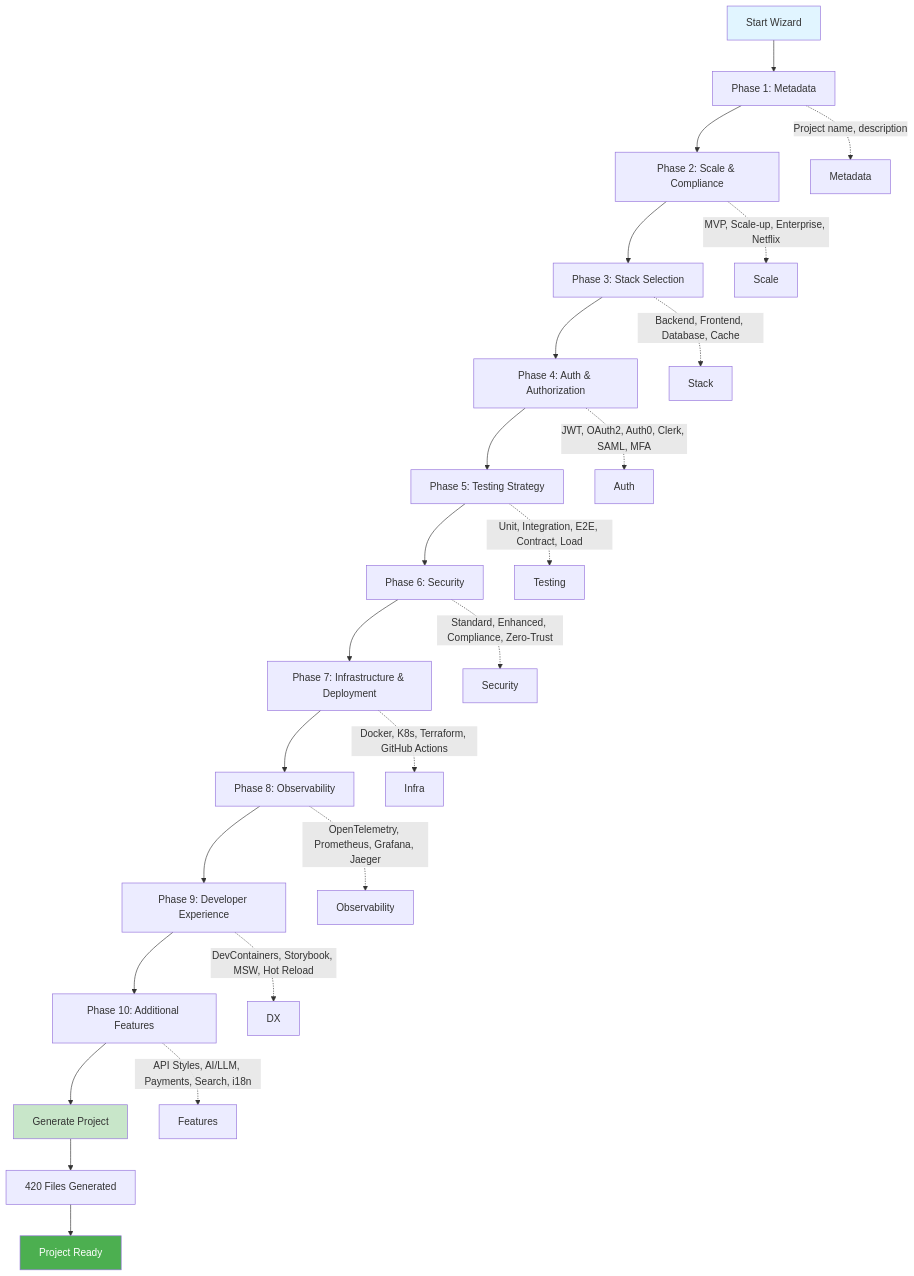
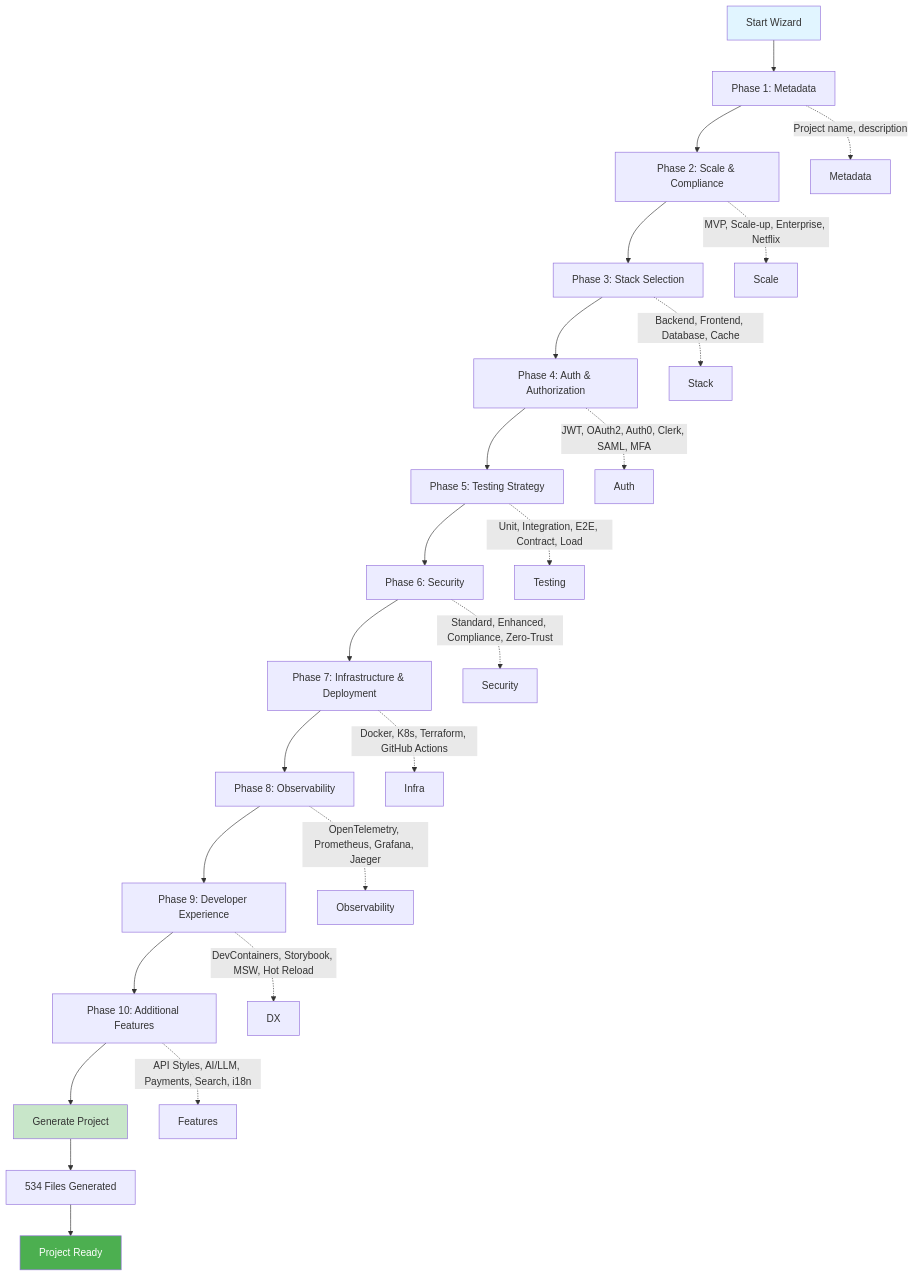
The first of 4 diagrams in README.md (vdirienzo/nuevo-proyecto-scaffold), drawn with Mermaid before and after one commit. The commit also changed other lines of this file and 306 other files, not shown here.

````diff
--- a/README.md
+++ b/README.md
@@ -122,32 +166,32 @@
 ```mermaid
 graph TD
     Start[Start Wizard] --> Phase1[Phase 1: Metadata]
     Phase1 --> Phase2[Phase 2: Scale & Compliance]
     Phase2 --> Phase3[Phase 3: Stack Selection]
     Phase3 --> Phase4[Phase 4: Auth & Authorization]
     Phase4 --> Phase5[Phase 5: Testing Strategy]
     Phase5 --> Phase6[Phase 6: Security]
     Phase6 --> Phase7[Phase 7: Infrastructure & Deployment]
     Phase7 --> Phase8[Phase 8: Observability]
     Phase8 --> Phase9[Phase 9: Developer Experience]
     Phase9 --> Phase10[Phase 10: Additional Features]
     Phase10 --> Generate[Generate Project]
 
     Phase1 -.->|Project name, description| Metadata
     Phase2 -.->|MVP, Scale-up, Enterprise, Netflix| Scale
     Phase3 -.->|Backend, Frontend, Database, Cache| Stack
     Phase4 -.->|JWT, OAuth2, Auth0, Clerk, SAML, MFA| Auth
     Phase5 -.->|Unit, Integration, E2E, Contract, Load| Testing
     Phase6 -.->|Standard, Enhanced, Compliance, Zero-Trust| Security
     Phase7 -.->|Docker, K8s, Terraform, GitHub Actions| Infra
     Phase8 -.->|OpenTelemetry, Prometheus, Grafana, Jaeger| Observability
     Phase9 -.->|DevContainers, Storybook, MSW, Hot Reload| DX
     Phase10 -.->|API Styles, AI/LLM, Payments, Search, i18n| Features
 
-    Generate --> Output[420 Files Generated]
+    Generate --> Output[534 Files Generated]
     Output --> Done[Project Ready]
 
     style Start fill:#e1f5ff
     style Generate fill:#c8e6c9
     style Done fill:#4caf50,color:#fff
 ```
````
